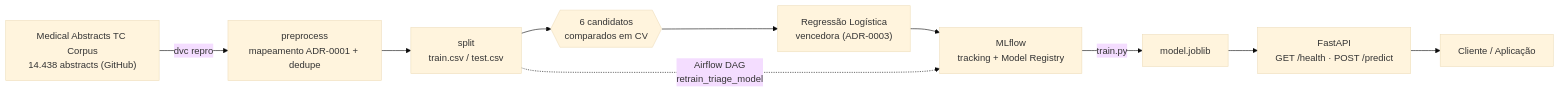
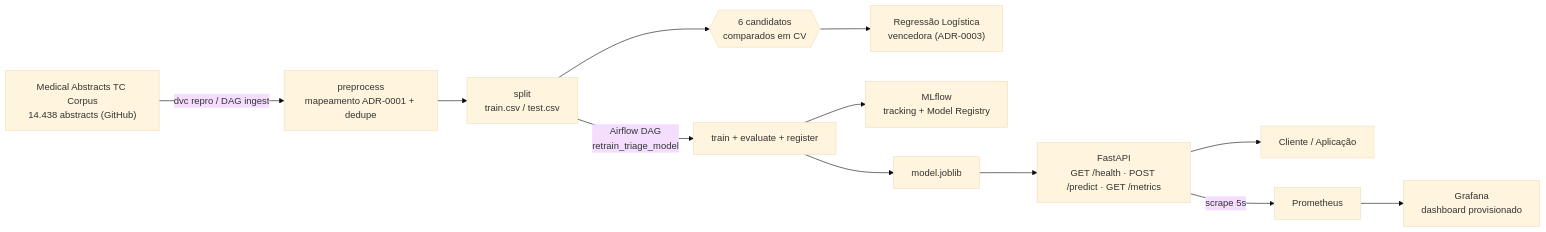
Before and after one commit to NycolasGarcia/Medical-Triage-NLP: the diagram in README.md, drawn with Mermaid (base theme). The commit also changed other lines of this file and 3 other files, not shown here.

````diff
--- a/README.md
+++ b/README.md
@@ -124,12 +124,14 @@
 ```mermaid
 flowchart LR
-    A["Medical Abstracts TC Corpus\n14.438 abstracts (GitHub)"] -->|dvc repro| B["preprocess\nmapeamento ADR-0001 + dedupe"]
+    A["Medical Abstracts TC Corpus\n14.438 abstracts (GitHub)"] -->|dvc repro / DAG ingest| B["preprocess\nmapeamento ADR-0001 + dedupe"]
     B --> C["split\ntrain.csv / test.csv"]
     C --> D{{"6 candidatos\ncomparados em CV"}}
     D --> E["Regressão Logística\nvencedora (ADR-0003)"]
-    E --> F["MLflow\ntracking + Model Registry"]
-    C -.->|"Airflow DAG\nretrain_triage_model"| F
-    F -->|train.py| G["model.joblib"]
-    G --> H["FastAPI\nGET /health · POST /predict"]
+    C -->|"Airflow DAG\nretrain_triage_model"| TR["train + evaluate + register"]
+    TR --> F["MLflow\ntracking + Model Registry"]
+    TR --> G["model.joblib"]
+    G --> H["FastAPI\nGET /health · POST /predict · GET /metrics"]
     H --> I["Cliente / Aplicação"]
+    H -->|scrape 5s| PR["Prometheus"]
+    PR --> GF["Grafana\ndashboard provisionado"]
 ```
````
